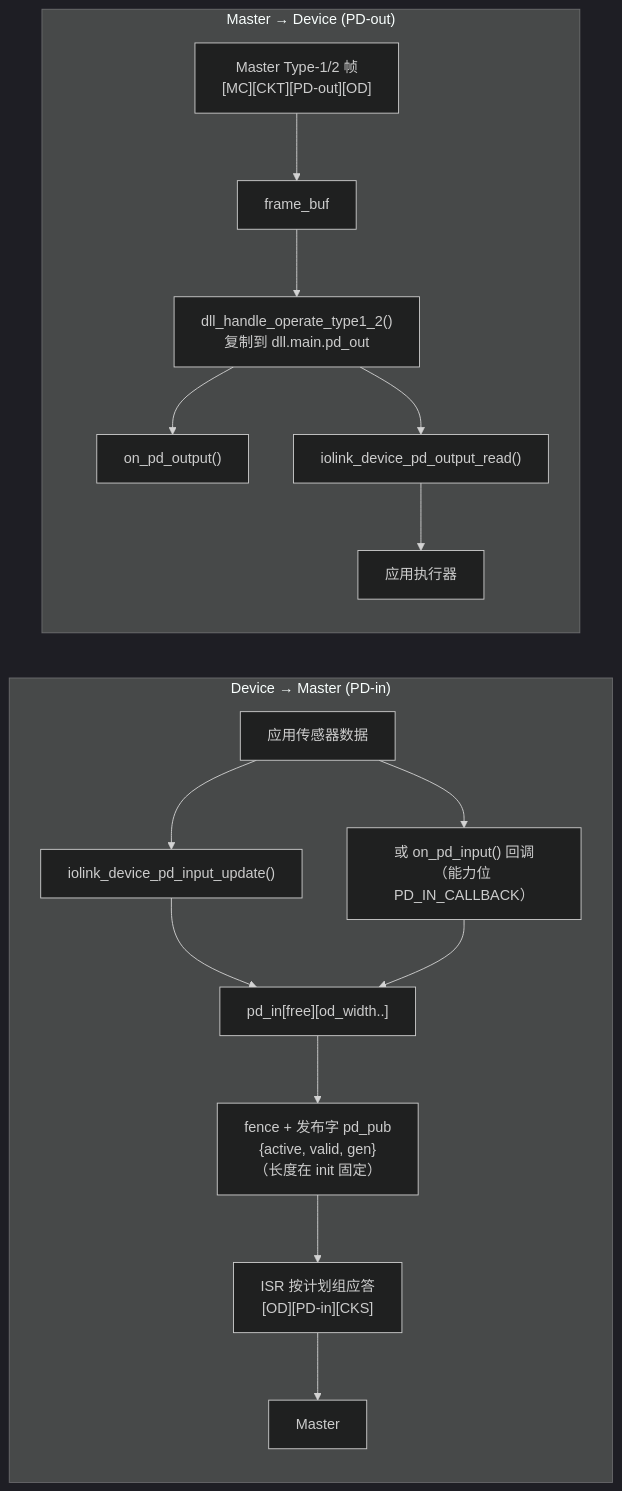
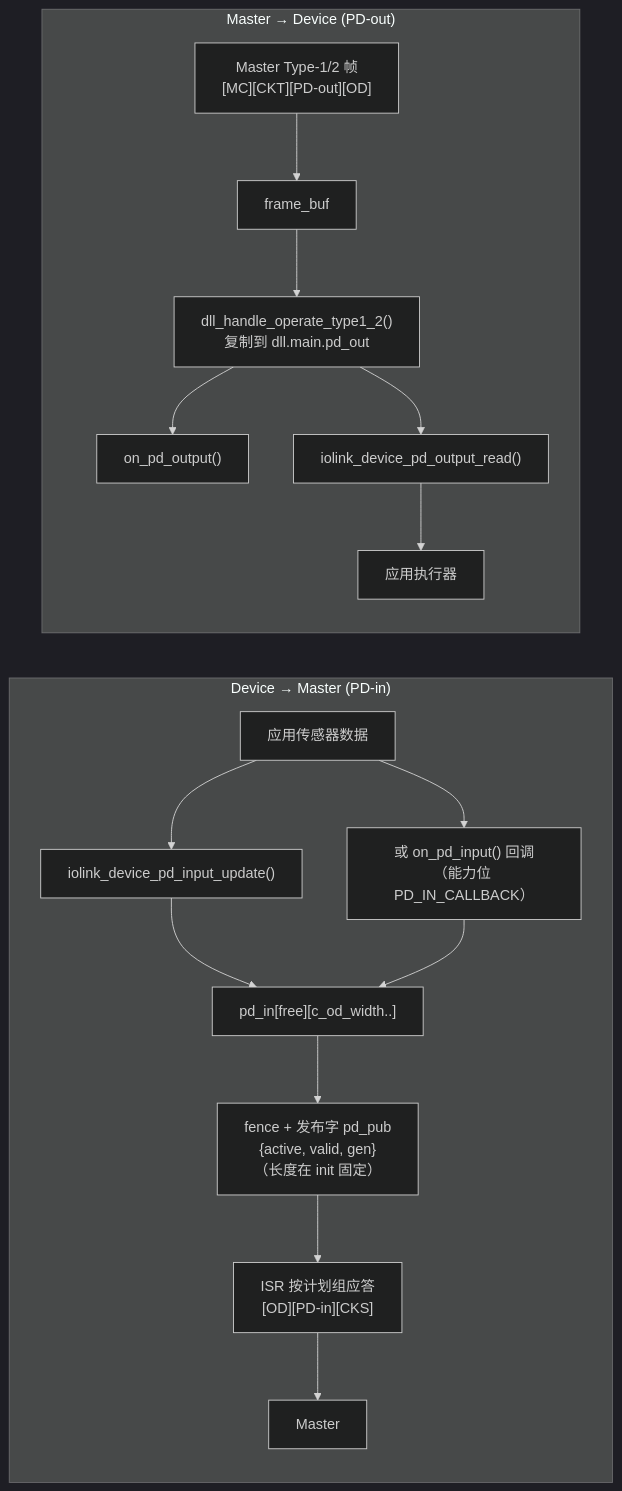
One commit to Adlyq/iolinki changed the eighth of 17 diagrams in docs/CODE_FLOW.md. Above: the diagram before and after it, drawn with Mermaid (dark theme). The commit also changed other lines of this file and 46 other files, not shown here.

````diff
--- a/docs/CODE_FLOW.md
+++ b/docs/CODE_FLOW.md
@@ -545,19 +545,19 @@
 ```mermaid
 flowchart LR
     subgraph IN["Device → Master (PD-in)"]
         A1["应用传感器数据"] --> A2["iolink_device_pd_input_update()"]
         A1 --> A3["或 on_pd_input() 回调<br/>（能力位 PD_IN_CALLBACK）"]
-        A2 --> A4["pd_in[free][od_width..]"]
+        A2 --> A4["pd_in[free][c_od_width..]"]
         A3 --> A4
         A4 --> A5["fence + 发布字 pd_pub<br/>{active, valid, gen}<br/>（长度在 init 固定）"]
         A5 --> A6["ISR 按计划组应答<br/>[OD][PD-in][CKS]"]
         A6 --> A7["Master"]
     end
     subgraph OUT["Master → Device (PD-out)"]
         B1["Master Type-1/2 帧<br/>[MC][CKT][PD-out][OD]"] --> B2["frame_buf"]
         B2 --> B3["dll_handle_operate_type1_2()<br/>复制到 dll.main.pd_out"]
         B3 --> B4["on_pd_output()"]
         B3 --> B5["iolink_device_pd_output_read()"]
         B5 --> B6["应用执行器"]
     end
 ```
````
